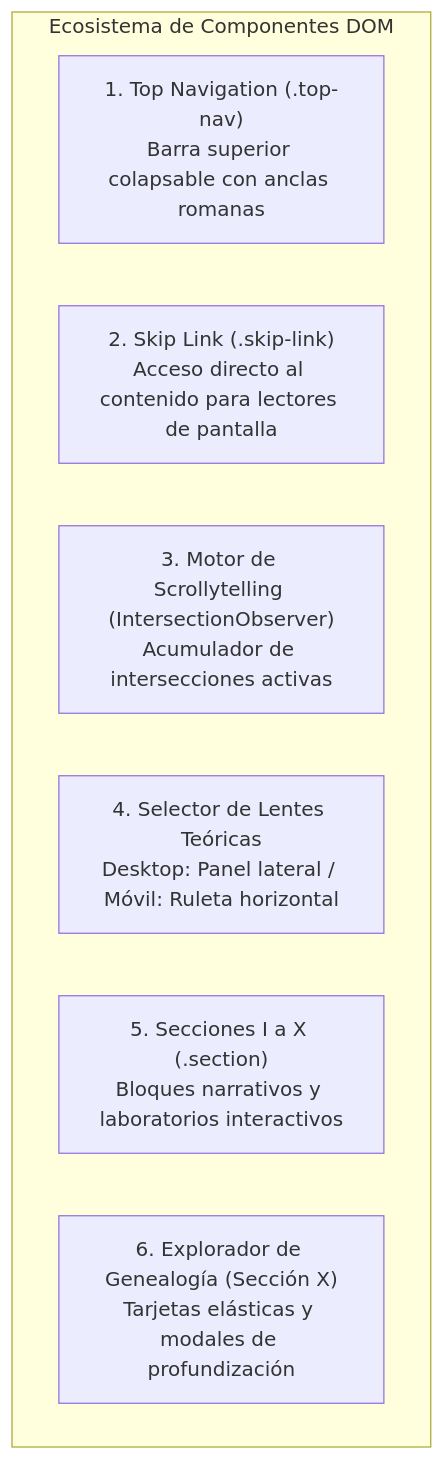
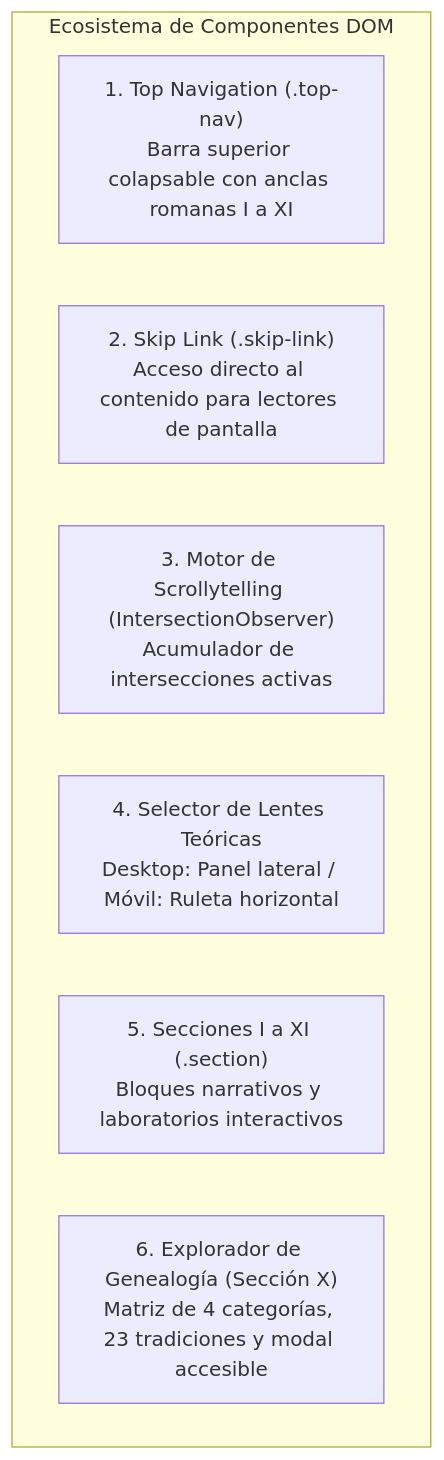
One commit to willkwolf/isaiah-berlin-liberty-infographic changed the diagram in openwiki/02-tecnologia-y-arquitectura/02-componentes-y-scrollytelling.md. Above: the diagram before and after it, drawn with Mermaid. The commit also changed other lines of this file and 9 other files, not shown here.

````diff
--- a/openwiki/02-tecnologia-y-arquitectura/02-componentes-y-scrollytelling.md
+++ b/openwiki/02-tecnologia-y-arquitectura/02-componentes-y-scrollytelling.md
@@ -7,11 +7,11 @@
 ```mermaid
 flowchart TD
     subgraph UIComponents["Ecosistema de Componentes DOM"]
-        TN["1. Top Navigation (.top-nav)<br/>Barra superior colapsable con anclas romanas"]
+        TN["1. Top Navigation (.top-nav)<br/>Barra superior colapsable con anclas romanas I a XI"]
         SC["2. Skip Link (.skip-link)<br/>Acceso directo al contenido para lectores de pantalla"]
         ST["3. Motor de Scrollytelling (IntersectionObserver)<br/>Acumulador de intersecciones activas"]
         LP["4. Selector de Lentes Teóricas<br/>Desktop: Panel lateral / Móvil: Ruleta horizontal"]
-        SE["5. Secciones I a X (.section)<br/>Bloques narrativos y laboratorios interactivos"]
-        GE["6. Explorador de Genealogía (Sección X)<br/>Tarjetas elásticas y modales de profundización"]
+        SE["5. Secciones I a XI (.section)<br/>Bloques narrativos y laboratorios interactivos"]
+        GE["6. Explorador de Genealogía (Sección X)<br/>Matriz de 4 categorías, 23 tradiciones y modal accesible"]
     end
 ```
````
